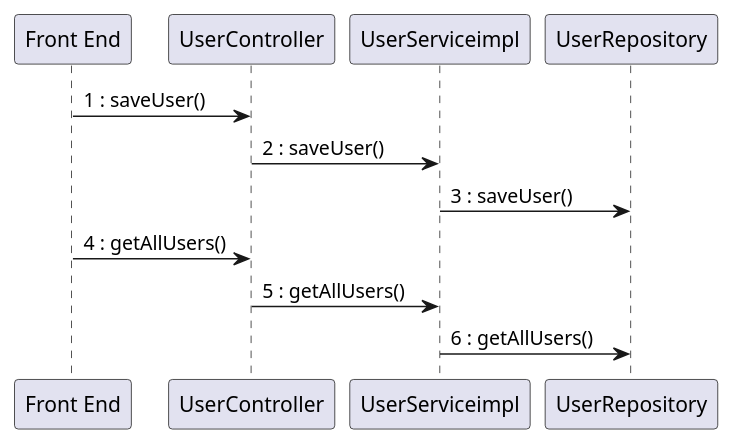
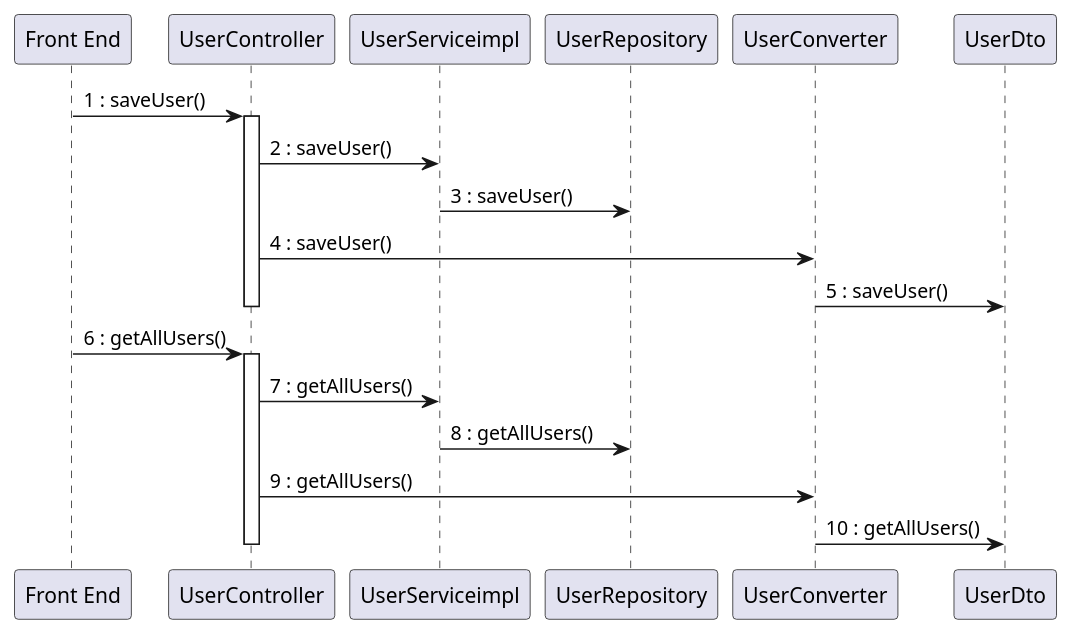
The fifth of 15 diagrams in docs/DesignDocument.md (mosTavassoli/ezgas), drawn with PlantUML before and after one commit. The commit also changed other lines of this file, not shown here.

Commit message:
docs(DesignDocument): fix traceability matrix, improve sequence diagrams and fill class diagram classes with methods and attributes

````diff
--- a/docs/DesignDocument.md
+++ b/docs/DesignDocument.md
@@ -312,13 +439,24 @@
 ```plantuml
 "Front End" -> UserController:1 : saveUser()
-
+activate UserController
 UserController -> UserServiceimpl:2 : saveUser()
 
 UserServiceimpl -> UserRepository:3 : saveUser()
 
-"Front End" -> UserController:4 : getAllUsers()
+UserController -> UserConverter:4 : saveUser()
 
-UserController -> UserServiceimpl:5 : getAllUsers()
+UserConverter -> UserDto:5 : saveUser()
+deactivate UserController
 
-UserServiceimpl -> UserRepository:6 : getAllUsers()
+"Front End" -> UserController:6 : getAllUsers()
+activate UserController
+
+UserController -> UserServiceimpl:7 : getAllUsers()
+
+UserServiceimpl -> UserRepository:8 : getAllUsers()
+
+UserController -> UserConverter:9 : getAllUsers()
+
+UserConverter -> UserDto:10 : getAllUsers()
+deactivate UserController
 ```
````
